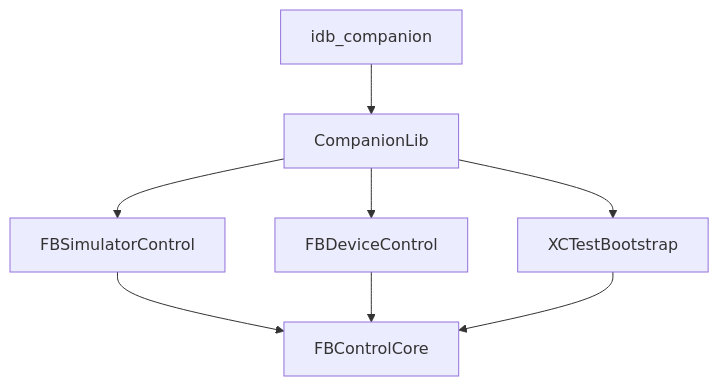
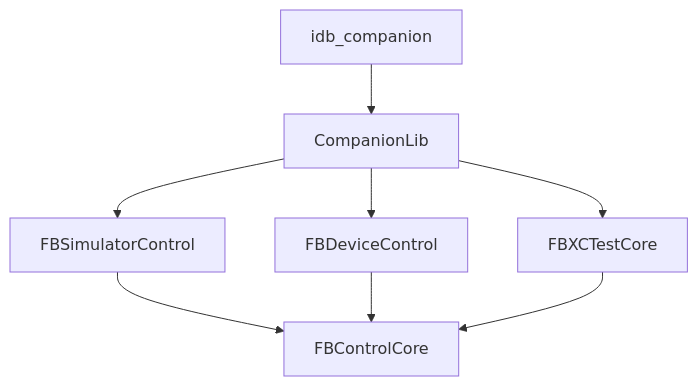
The second of 2 diagrams in website/docs/idb/architecture.mdx (facebook/idb), drawn with Mermaid before and after one commit. The commit also changed other lines of this file and 139 other files, not shown here.

First line of the commit message:
Rename XCTestBootstrap to FBXCTestCore

````diff
--- a/website/docs/idb/architecture.mdx
+++ b/website/docs/idb/architecture.mdx
@@ -81,10 +81,10 @@
 ```mermaid
 flowchart TD
     companion["idb_companion"] --> CompanionLib
     CompanionLib --> FBSimulatorControl
     CompanionLib --> FBDeviceControl
-    CompanionLib --> XCTestBootstrap
+    CompanionLib --> FBXCTestCore
     FBSimulatorControl --> FBControlCore
     FBDeviceControl --> FBControlCore
-    XCTestBootstrap --> FBControlCore
+    FBXCTestCore --> FBControlCore
 ```
````
